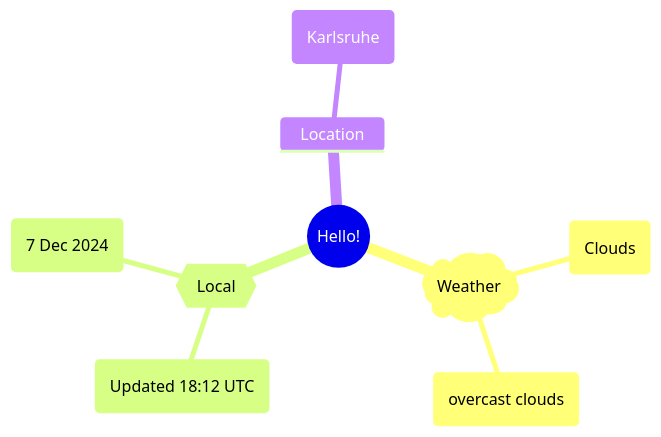
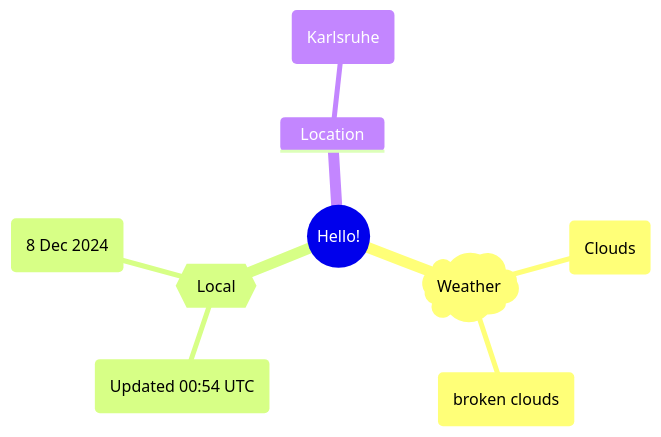
Before and after one commit to Xosrov/Xosrov: the first of 2 diagrams in README.md, drawn with Mermaid.

Commit message:
[bot] updated images

````diff
--- a/README.md
+++ b/README.md
@@ -3,12 +3,12 @@
 ```mermaid
 mindmap
   root((Hello!))
     )Weather(
         (Clouds)
-        (overcast clouds)
+        (broken clouds)
     {{Local}}
-        (Updated 18:12 UTC)
-        (7 Dec 2024)
+        (Updated 00:54 UTC)
+        (8 Dec 2024)
     Location
         (Karlsruhe)
 ```
````
